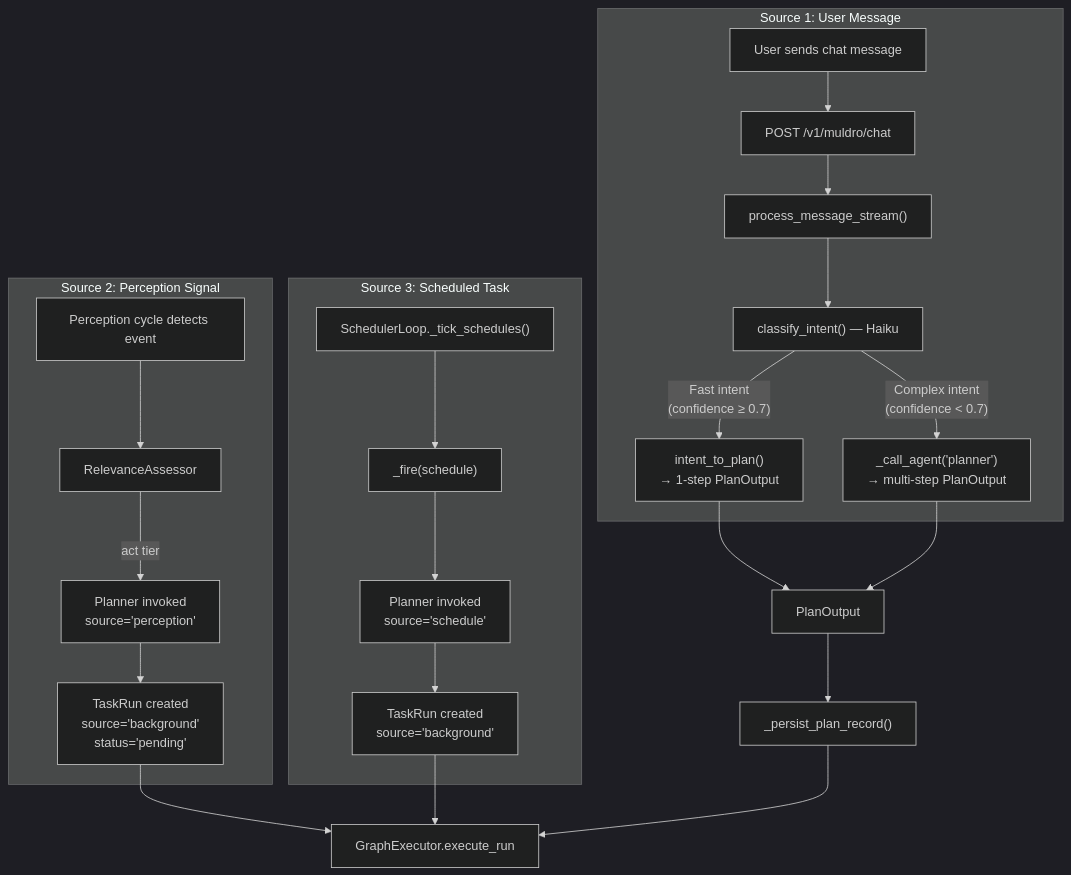
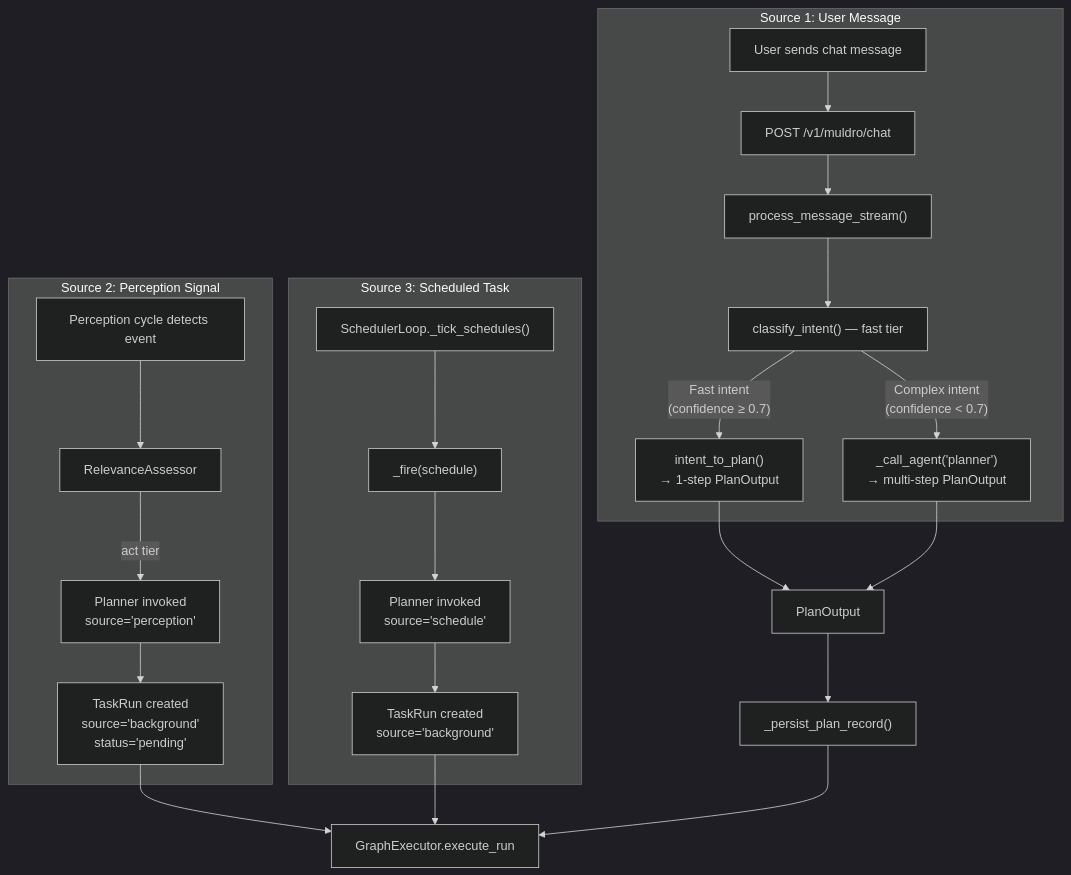
The second of 17 diagrams in docs/architecture/plan-execution-deep-dive.md (shivadharmi/muldro), drawn with Mermaid (dark theme) before and after one commit. The commit also changed other lines of this file and 11 other files, not shown here.

````diff
--- a/docs/architecture/plan-execution-deep-dive.md
+++ b/docs/architecture/plan-execution-deep-dive.md
@@ -78,29 +78,29 @@
 ```mermaid
 flowchart TD
     subgraph "Source 1: User Message"
         U[User sends chat message] --> API["POST /v1/muldro/chat"]
         API --> PM["process_message_stream()"]
-        PM --> IC["classify_intent() — Haiku"]
+        PM --> IC["classify_intent() — fast tier"]
         IC -->|"Fast intent<br/>(confidence ≥ 0.7)"| ITP["intent_to_plan()<br/>→ 1-step PlanOutput"]
         IC -->|"Complex intent<br/>(confidence < 0.7)"| PL["_call_agent('planner')<br/>→ multi-step PlanOutput"]
     end
 
     subgraph "Source 2: Perception Signal"
         PS[Perception cycle detects event] --> RA[RelevanceAssessor]
         RA -->|"act tier"| PL2["Planner invoked<br/>source='perception'"]
         PL2 --> BG["TaskRun created<br/>source='background'<br/>status='pending'"]
     end
 
     subgraph "Source 3: Scheduled Task"
         SC["SchedulerLoop._tick_schedules()"] --> FIRE["_fire(schedule)"]
         FIRE --> PL3["Planner invoked<br/>source='schedule'"]
         PL3 --> BG2["TaskRun created<br/>source='background'"]
     end
 
     ITP --> PO[PlanOutput]
     PL --> PO
     BG --> EXEC[GraphExecutor.execute_run]
     BG2 --> EXEC
     PO --> PERSIST["_persist_plan_record()"]
     PERSIST --> EXEC
 ```
````
